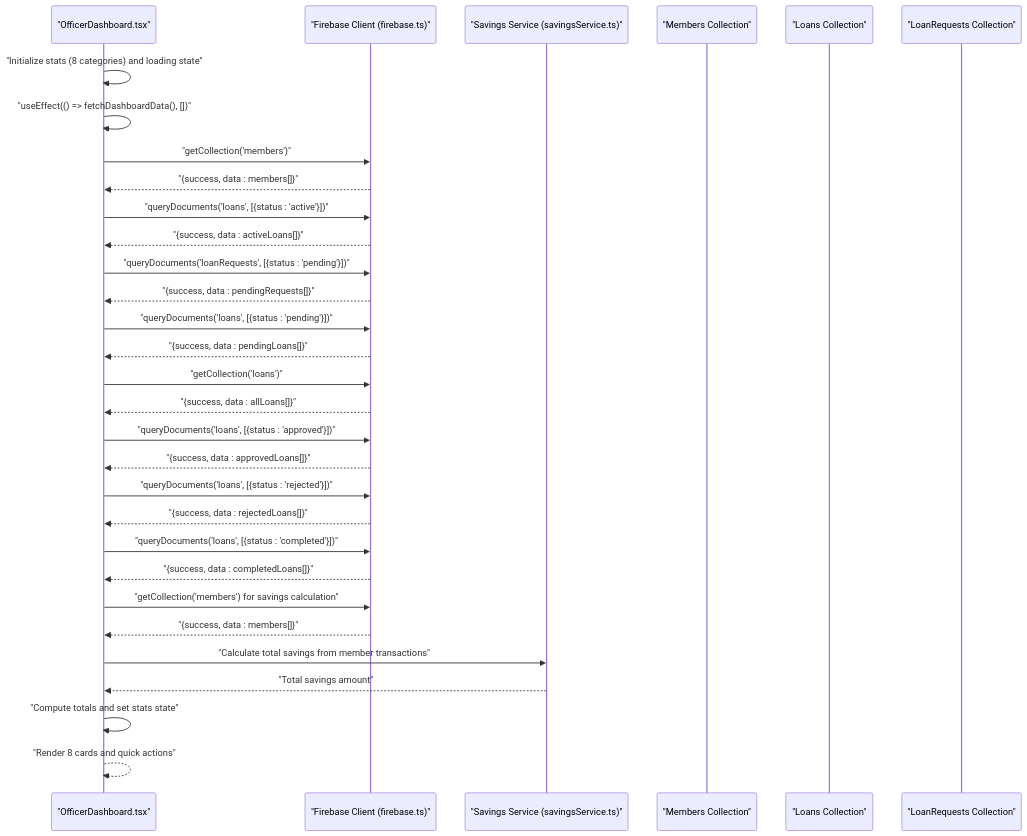
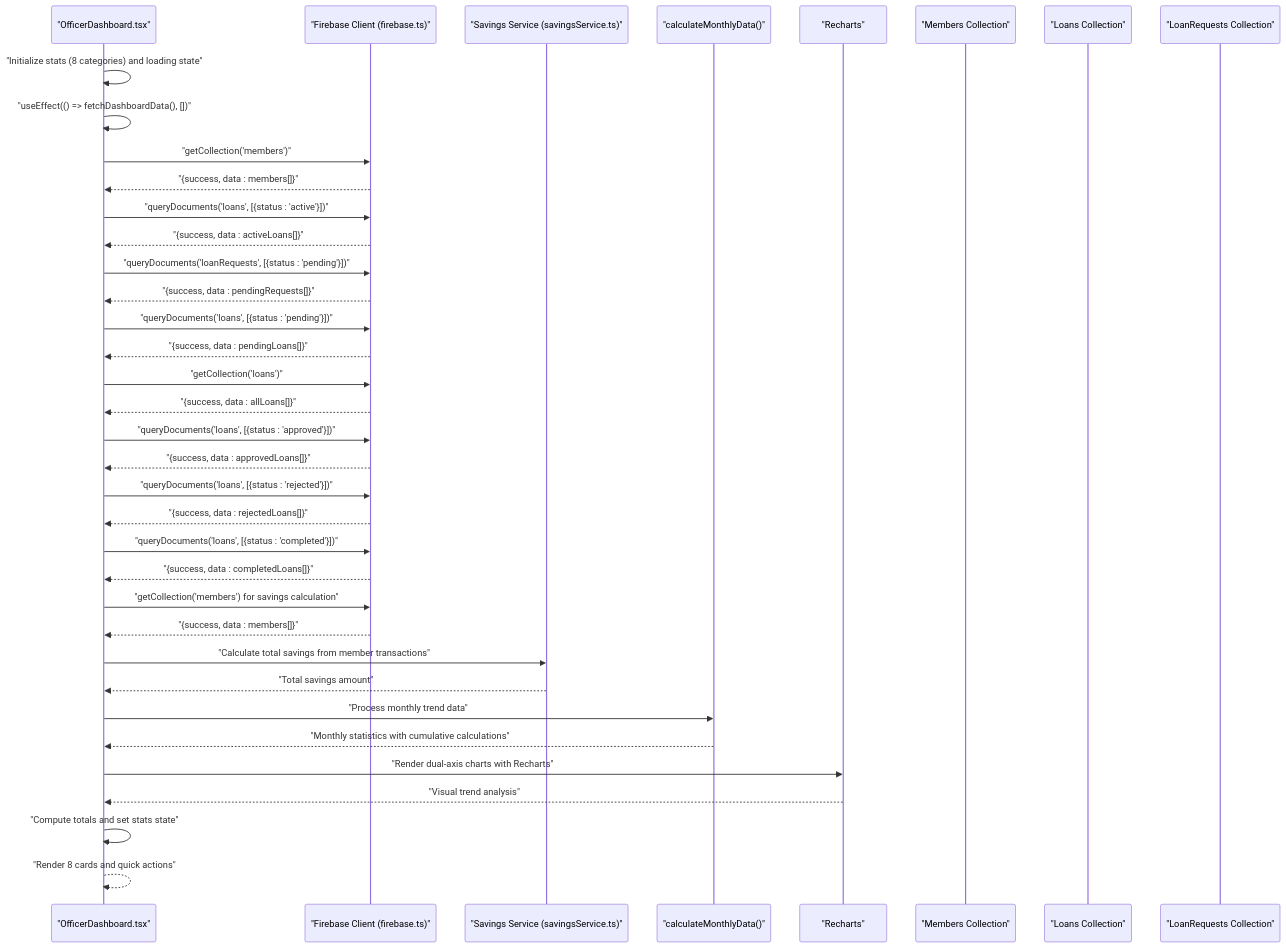
One commit to Unsure-bry/sampacoop_system changed the second of 4 diagrams in .qoder/repowiki/en/content/Dashboard System Architecture/Officer Dashboard Implementation.md. Above: the diagram before and after it, drawn with Mermaid. The commit also changed other lines of this file and 9 other files, not shown here.

````diff
--- a/.qoder/repowiki/en/content/Dashboard System Architecture/Officer Dashboard Implementation.md
+++ b/.qoder/repowiki/en/content/Dashboard System Architecture/Officer Dashboard Implementation.md
@@ -112,33 +131,39 @@
 ```mermaid
 sequenceDiagram
 participant C as "OfficerDashboard.tsx"
 participant F as "Firebase Client (firebase.ts)"
 participant S as "Savings Service (savingsService.ts)"
+participant T as "calculateMonthlyData()"
+participant R as "Recharts"
 participant M as "Members Collection"
 participant L as "Loans Collection"
 participant LR as "LoanRequests Collection"
 C->>C : "Initialize stats (8 categories) and loading state"
 C->>C : "useEffect(() => fetchDashboardData(), [])"
 C->>F : "getCollection('members')"
 F-->>C : "{success, data : members[]}"
 C->>F : "queryDocuments('loans', [{status : 'active'}])"
 F-->>C : "{success, data : activeLoans[]}"
 C->>F : "queryDocuments('loanRequests', [{status : 'pending'}])"
 F-->>C : "{success, data : pendingRequests[]}"
 C->>F : "queryDocuments('loans', [{status : 'pending'}])"
 F-->>C : "{success, data : pendingLoans[]}"
 C->>F : "getCollection('loans')"
 F-->>C : "{success, data : allLoans[]}"
 C->>F : "queryDocuments('loans', [{status : 'approved'}])"
 F-->>C : "{success, data : approvedLoans[]}"
 C->>F : "queryDocuments('loans', [{status : 'rejected'}])"
 F-->>C : "{success, data : rejectedLoans[]}"
 C->>F : "queryDocuments('loans', [{status : 'completed'}])"
 F-->>C : "{success, data : completedLoans[]}"
 C->>F : "getCollection('members') for savings calculation"
 F-->>C : "{success, data : members[]}"
 C->>S : "Calculate total savings from member transactions"
 S-->>C : "Total savings amount"
+C->>T : "Process monthly trend data"
+T-->>C : "Monthly statistics with cumulative calculations"
+C->>R : "Render dual-axis charts with Recharts"
+R-->>C : "Visual trend analysis"
 C->>C : "Compute totals and set stats state"
 C-->>C : "Render 8 cards and quick actions"
 ```
````
